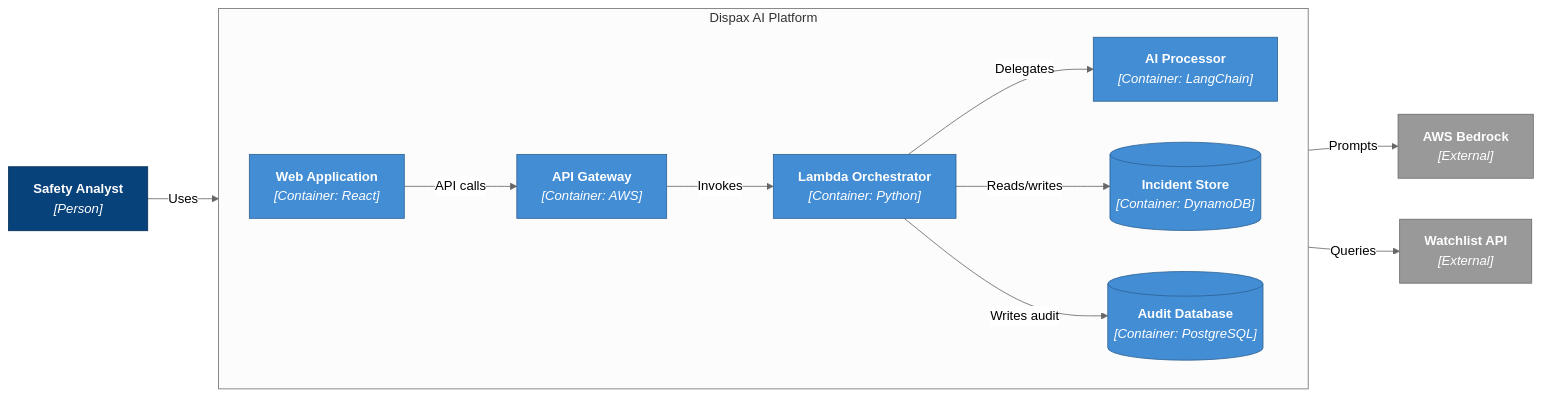
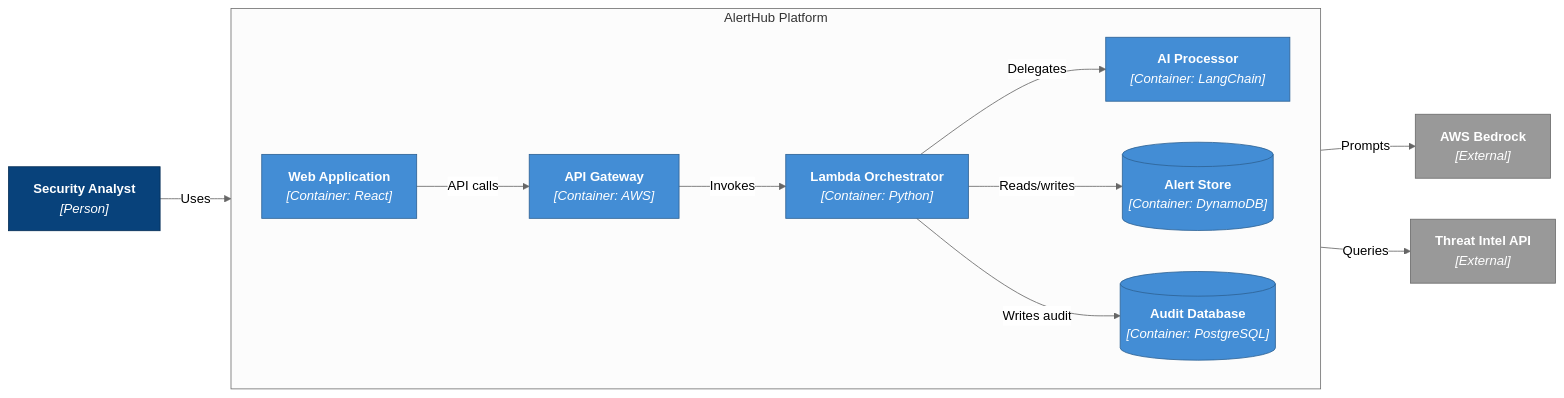
The second of 2 diagrams in examples/diagramming/05-real-world-example.md (DavidROliverBA/Daves-Claude-Code-Skills), drawn with Mermaid (neutral theme) before and after one commit. The commit also changed other lines of this file and 6 other files, not shown here.

First line of the commit message:
Replace Dispax-specific examples with generic AlertHub system

````diff
--- a/examples/diagramming/05-real-world-example.md
+++ b/examples/diagramming/05-real-world-example.md
@@ -106,36 +106,36 @@
 ```mermaid
 flowchart LR
-    Analyst["<b>Safety Analyst</b><br/><i>[Person]</i>"]
+    Analyst["<b>Security Analyst</b><br/><i>[Person]</i>"]
 
-    subgraph DispaxAI["Dispax AI Platform"]
+    subgraph AlertHub["AlertHub Platform"]
         direction LR
         WebUI["<b>Web Application</b><br/><i>[Container: React]</i>"]
         APIGW["<b>API Gateway</b><br/><i>[Container: AWS]</i>"]
         Orch["<b>Lambda Orchestrator</b><br/><i>[Container: Python]</i>"]
         AIProc["<b>AI Processor</b><br/><i>[Container: LangChain]</i>"]
-        DynamoDB[("<b>Incident Store</b><br/><i>[Container: DynamoDB]</i>")]
+        DynamoDB[("<b>Alert Store</b><br/><i>[Container: DynamoDB]</i>")]
         RDS[("<b>Audit Database</b><br/><i>[Container: PostgreSQL]</i>")]
     end
 
     Bedrock["<b>AWS Bedrock</b><br/><i>[External]</i>"]
-    Watchlist["<b>Watchlist API</b><br/><i>[External]</i>"]
+    ThreatAPI["<b>Threat Intel API</b><br/><i>[External]</i>"]
 
     Analyst -->|"Uses"| WebUI
     WebUI -->|"API calls"| APIGW
     APIGW -->|"Invokes"| Orch
     Orch -->|"Delegates"| AIProc
     AIProc -->|"Prompts"| Bedrock
     Orch -->|"Reads/writes"| DynamoDB
     Orch -->|"Writes audit"| RDS
-    Orch -->|"Queries"| Watchlist
+    Orch -->|"Queries"| ThreatAPI
 
     classDef person fill:#08427B,stroke:#052E56,color:#fff
     classDef container fill:#438DD5,stroke:#2E6295,color:#fff
     classDef database fill:#438DD5,stroke:#2E6295,color:#fff
     classDef external fill:#999999,stroke:#6B6B6B,color:#fff
 
     class Analyst person
     class WebUI,APIGW,Orch,AIProc container
     class DynamoDB,RDS database
-    class Bedrock,Watchlist external
+    class Bedrock,ThreatAPI external
 ```
````
